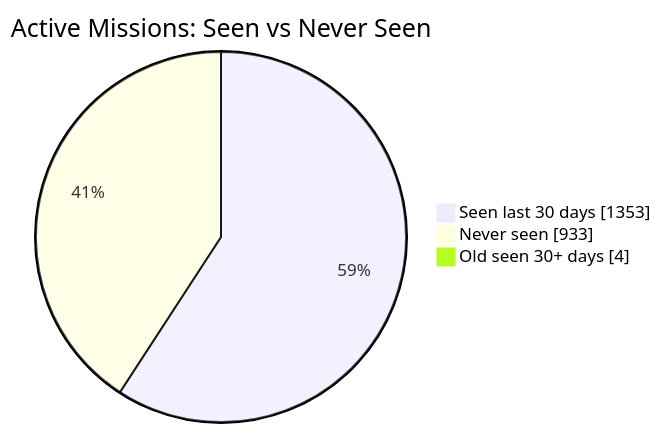
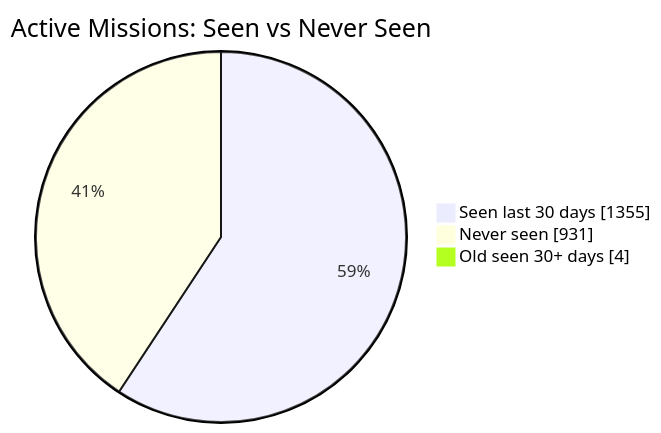
Before and after one commit to MeldkamerspelGameTeam/active-missions: the first of 2 diagrams in README.md, drawn with Mermaid. The commit also changed other lines of this file and 2 other files, not shown here.

````diff
--- a/README.md
+++ b/README.md
@@ -34,7 +34,7 @@
 ```mermaid
 pie showData
     title Active Missions: Seen vs Never Seen
-    "Seen last 30 days" : 1353
-    "Never seen" : 933
+    "Seen last 30 days" : 1355
+    "Never seen" : 931
     "Old seen 30+ days" : 4
 ```
````
